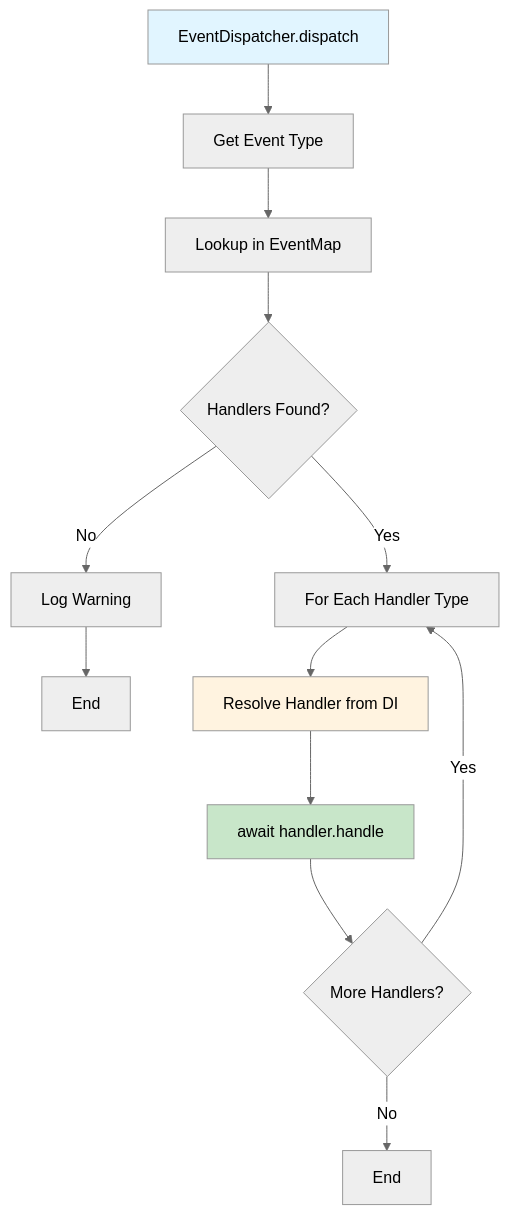
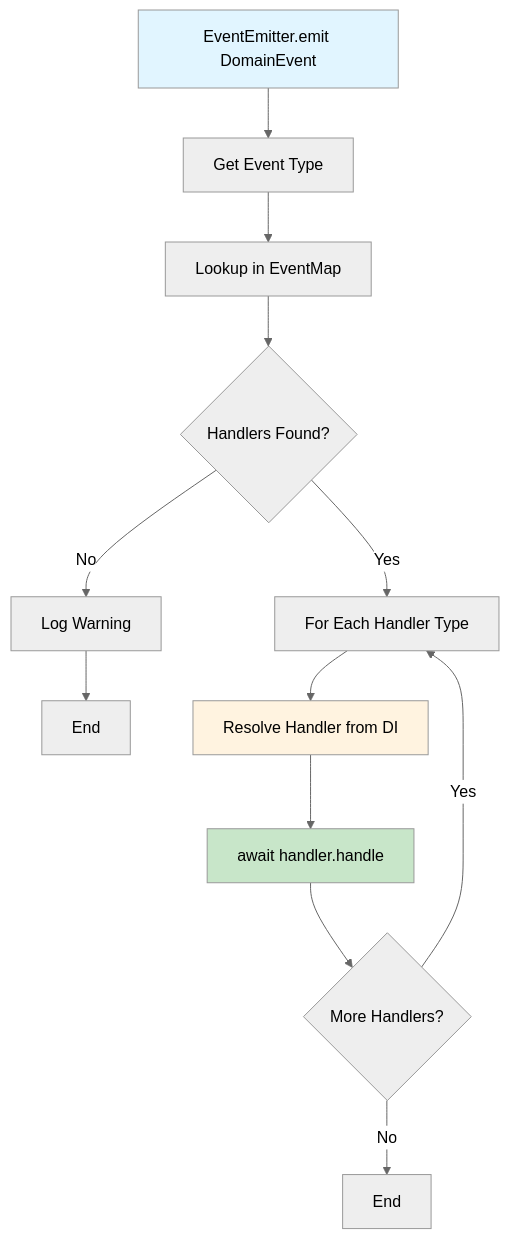
Before and after one commit to vadikko2/python-cqrs-mkdocs: the first of 2 diagrams in docs/event_handler/runtime_processing.md, drawn with Mermaid (neutral theme). The commit also changed other lines of this file and 2 other files, not shown here.

Commit message:
Fix event processing documentation

````diff
--- a/docs/event_handler/runtime_processing.md
+++ b/docs/event_handler/runtime_processing.md
@@ -51,22 +53,22 @@
 ```mermaid
 graph TD
-    Start[EventDispatcher.dispatch] --> GetType[Get Event Type]
+    Start[EventEmitter.emit DomainEvent] --> GetType[Get Event Type]
     GetType --> Lookup[Lookup in EventMap]
     Lookup --> Found{Handlers Found?}
     
     Found -->|No| Warn[Log Warning]
     Warn --> End1[End]
     
     Found -->|Yes| LoopStart[For Each Handler Type]
     LoopStart --> Resolve[Resolve Handler from DI]
     Resolve --> Execute[await handler.handle]
     
     Execute --> NextHandler{More Handlers?}
     
     NextHandler -->|Yes| LoopStart
     NextHandler -->|No| End2[End]
     
     style Start fill:#e1f5ff
     style Resolve fill:#fff3e0
     style Execute fill:#c8e6c9
 ```
````
